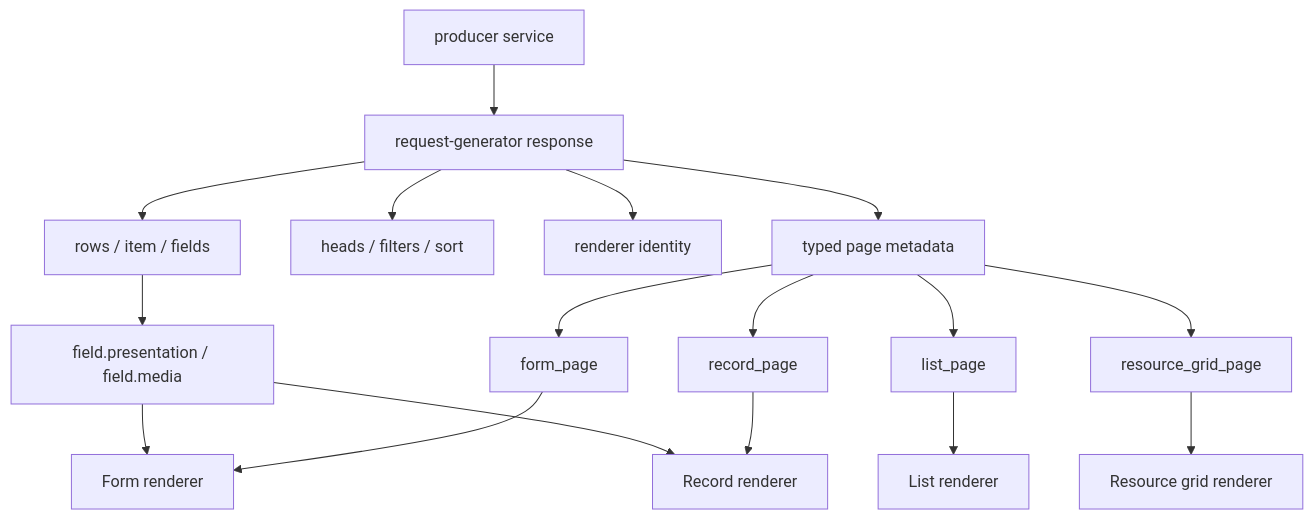
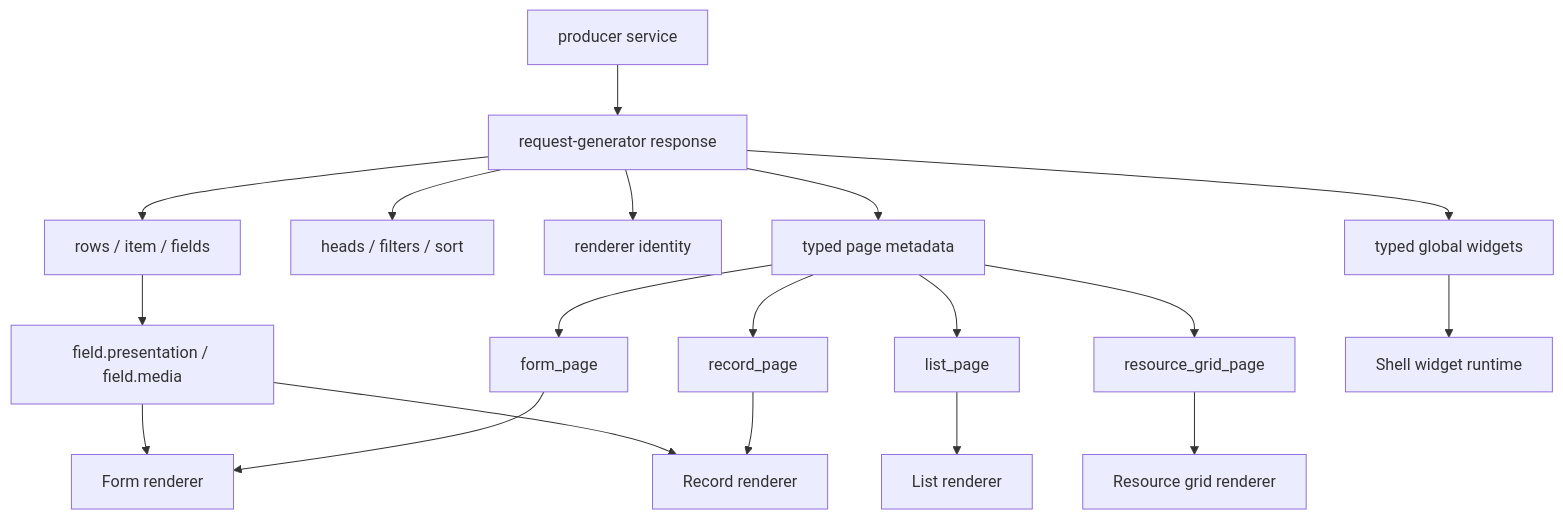
One commit to darkrain/request-generator changed the diagram in docs/universal-renderer-contract.md. Above: the diagram before and after it, drawn with Mermaid. The commit also changed other lines of this file and 15 other files, not shown here.

Commit message:
feat: add typed global widget contract

````diff
--- a/docs/universal-renderer-contract.md
+++ b/docs/universal-renderer-contract.md
@@ -21,22 +21,24 @@
 ```mermaid
 flowchart TD
     A["producer service"] --> B["request-generator response"]
     B --> C["rows / item / fields"]
     B --> D["heads / filters / sort"]
     B --> E["renderer identity"]
     B --> T["typed page metadata"]
+    B --> W["typed global widgets"]
 
     C --> Y["field.presentation / field.media"]
 
     T --> G["list_page"]
     T --> H["resource_grid_page"]
     T --> I["form_page"]
     T --> J["record_page"]
     Y --> Q
     Y --> R
 
     G --> O["List renderer"]
     H --> P["Resource grid renderer"]
     I --> Q["Form renderer"]
     J --> R["Record renderer"]
+    W --> X["Shell widget runtime"]
 ```
````
